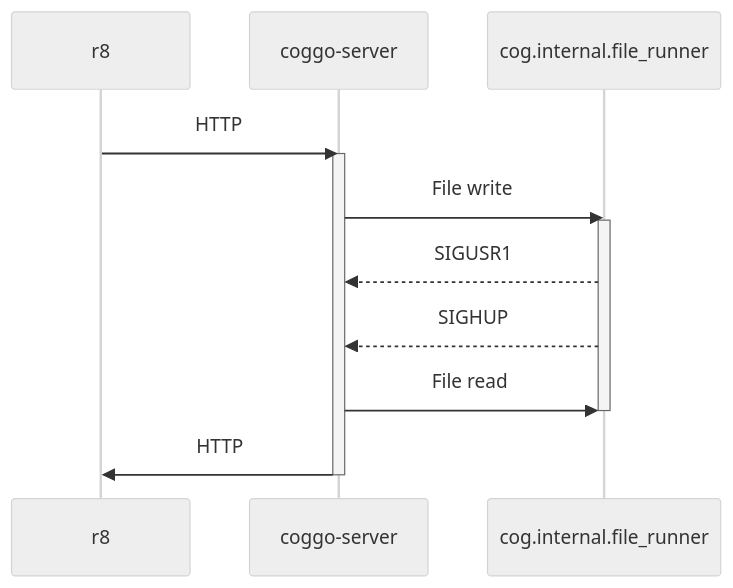
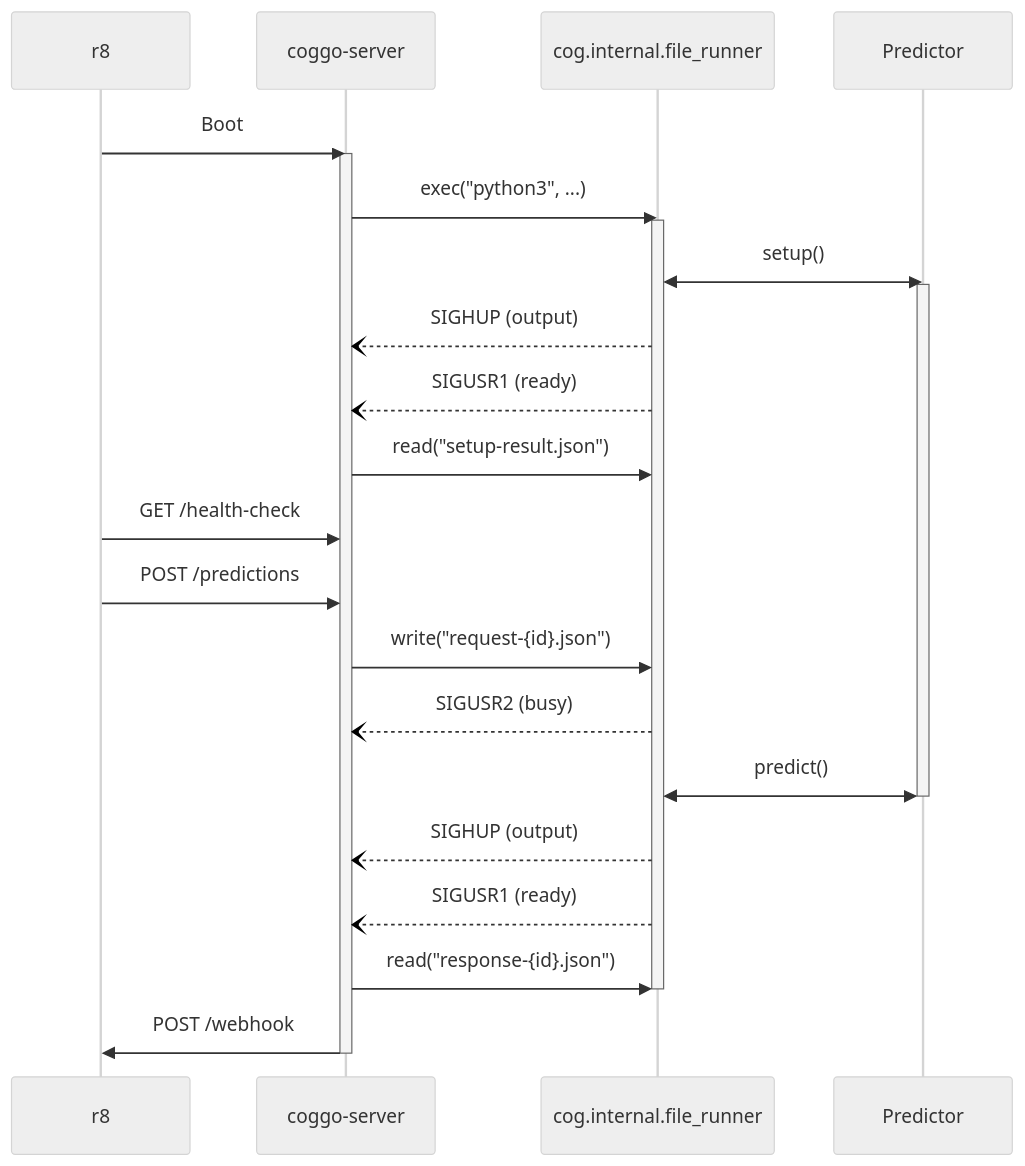
Before and after one commit to replicate/cog-runtime: the diagram in README.md, drawn with Mermaid (neutral theme).

Commit message:
Update sequence diagram

````diff
--- a/README.md
+++ b/README.md
@@ -11,13 +11,28 @@
 ```mermaid
 sequenceDiagram
-    r8->>coggo-server: HTTP
-    activate coggo-server
-    coggo-server->>cog.internal.file_runner: File write
-    activate cog.internal.file_runner
-    cog.internal.file_runner-->>coggo-server: SIGUSR1
-    cog.internal.file_runner-->>coggo-server: SIGHUP
-    coggo-server->>cog.internal.file_runner: File read
-    deactivate cog.internal.file_runner
-    coggo-server->>r8: HTTP
-    deactivate coggo-server
+    participant r8
+    participant server as coggo-server
+    participant runner as cog.internal.file_runner
+    participant predictor as Predictor
+    r8->>server: Boot
+    activate server
+    server->>runner: exec("python3", ...)
+    activate runner
+    runner<<->>predictor: setup()
+    activate predictor
+    runner--)server: SIGHUP (output)
+    runner--)server: SIGUSR1 (ready)
+    server->>runner: read("setup-result.json")
+    r8->>server: GET /health-check
+    r8->>server: POST /predictions
+    server->>runner: write("request-{id}.json")
+    runner--)server: SIGUSR2 (busy)
+    runner<<->>predictor: predict()
+    deactivate predictor
+    runner--)server: SIGHUP (output)
+    runner--)server: SIGUSR1 (ready)
+    server->>runner: read("response-{id}.json")
+    deactivate runner
+    server->>r8: POST /webhook
+    deactivate server
 ```
````
